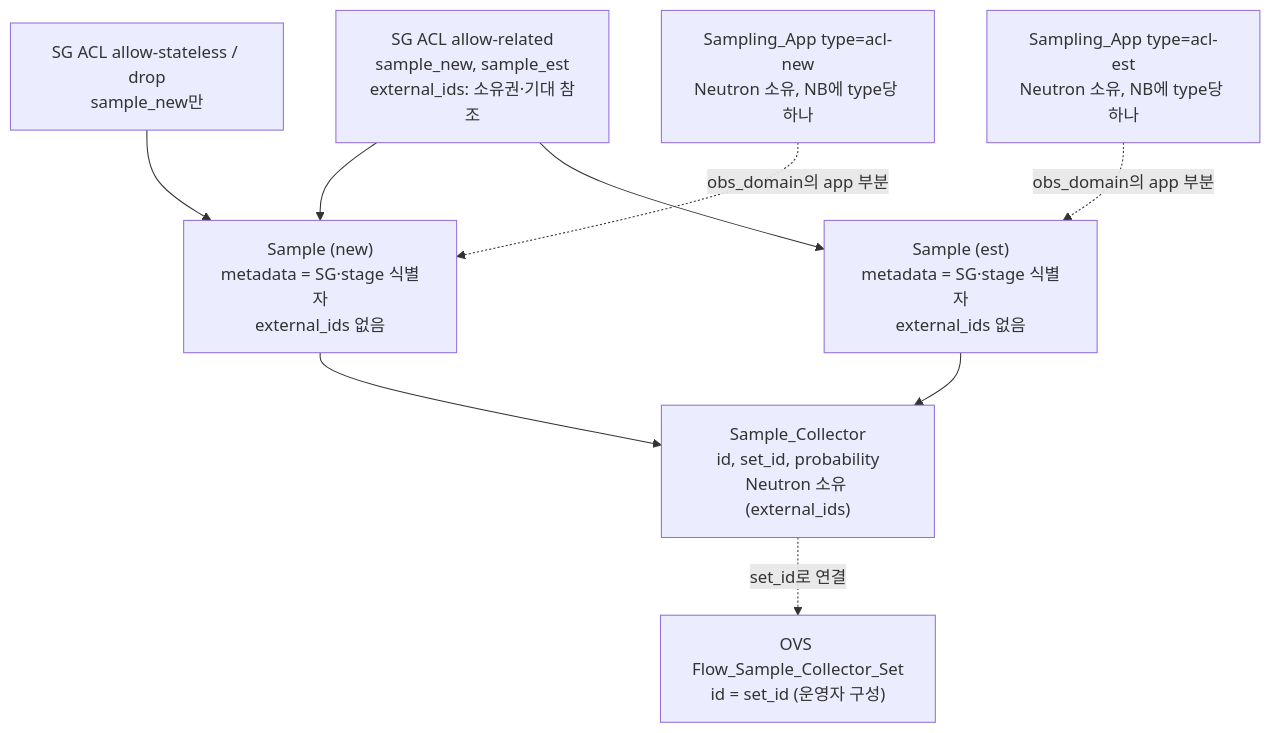
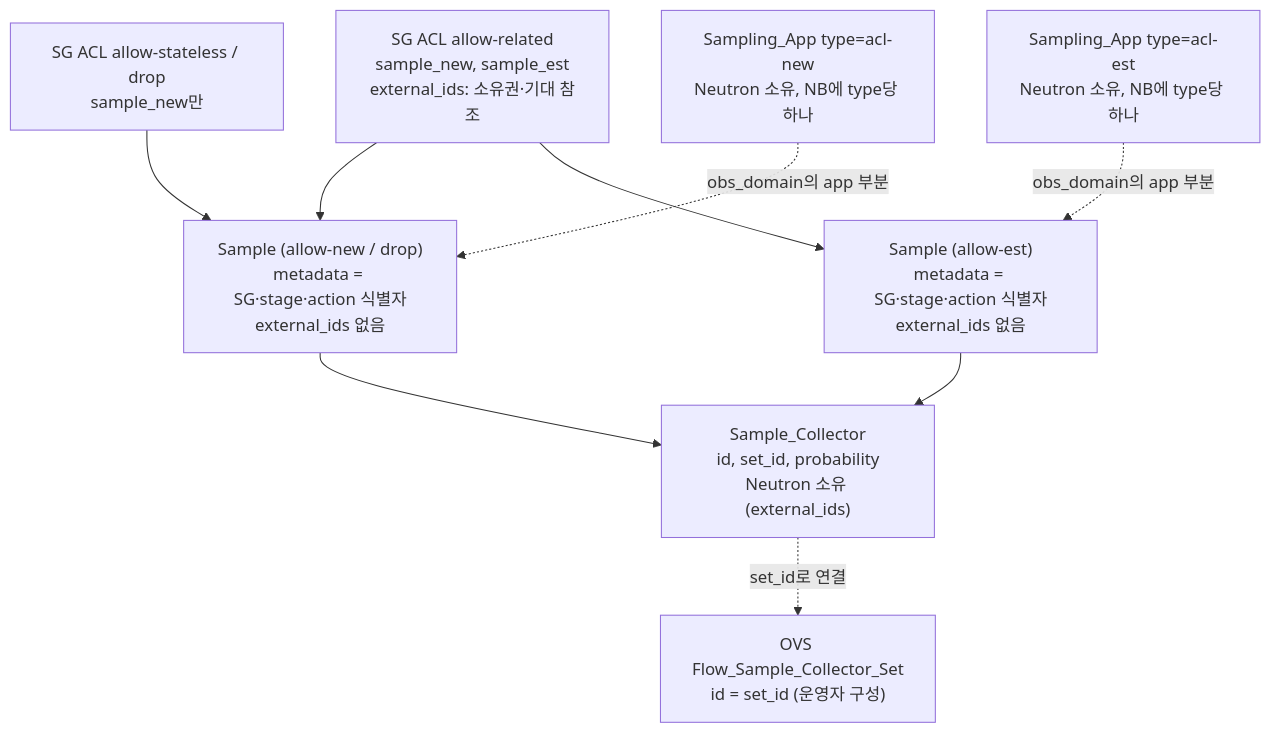
The second of 6 diagrams in translations/ko/ovn-acl-flow-sampling.md (ycy1766/neutron-specs), drawn with Mermaid before and after one commit. The commit also changed other lines of this file and 1 other file, not shown here.

````diff
--- a/translations/ko/ovn-acl-flow-sampling.md
+++ b/translations/ko/ovn-acl-flow-sampling.md
@@ -216,19 +218,19 @@
 ```mermaid
 flowchart TB
     APPN["Sampling_App type=acl-new<br/>Neutron 소유, NB에 type당 하나"]
     APPE["Sampling_App type=acl-est<br/>Neutron 소유, NB에 type당 하나"]
     SC["Sample_Collector<br/>id, set_id, probability<br/>Neutron 소유 (external_ids)"]
-    SN["Sample (new)<br/>metadata = SG·stage 식별자<br/>external_ids 없음"]
-    SE["Sample (est)<br/>metadata = SG·stage 식별자<br/>external_ids 없음"]
+    SN["Sample (allow-new / drop)<br/>metadata = SG·stage·action 식별자<br/>external_ids 없음"]
+    SE["Sample (allow-est)<br/>metadata = SG·stage·action 식별자<br/>external_ids 없음"]
     ACL1["SG ACL allow-related<br/>sample_new, sample_est<br/>external_ids: 소유권·기대 참조"]
     ACL2["SG ACL allow-stateless / drop<br/>sample_new만"]
     FSCS["OVS Flow_Sample_Collector_Set<br/>id = set_id (운영자 구성)"]
     ACL1 --> SN
     ACL1 --> SE
     ACL2 --> SN
     SN --> SC
     SE --> SC
     SC -. "set_id로 연결" .-> FSCS
     APPN -. "obs_domain의 app 부분" .-> SN
     APPE -. "obs_domain의 app 부분" .-> SE
 ```
````
